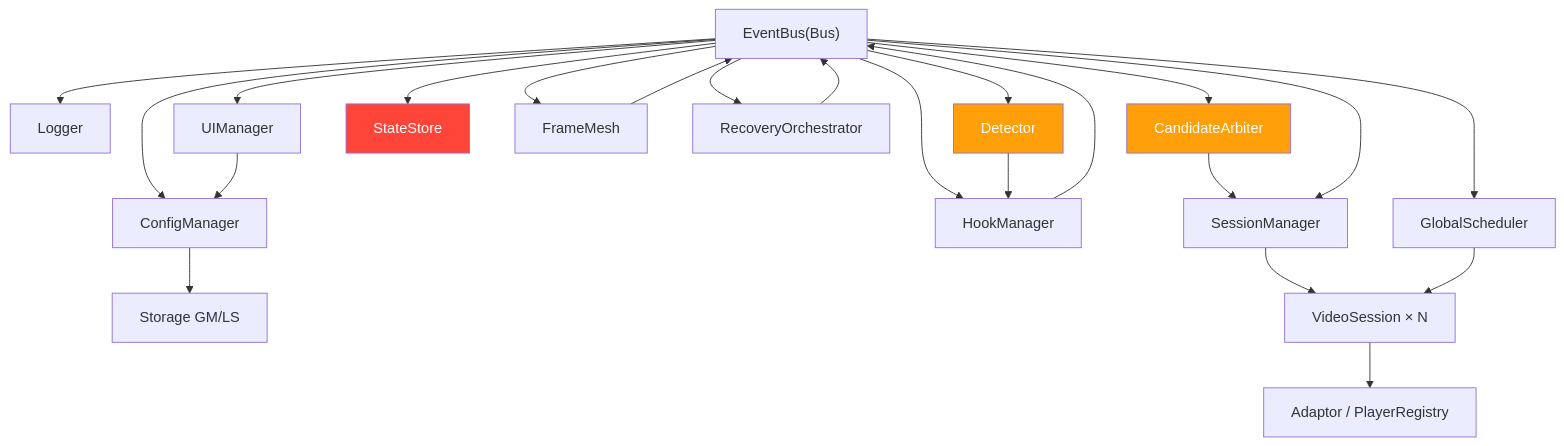
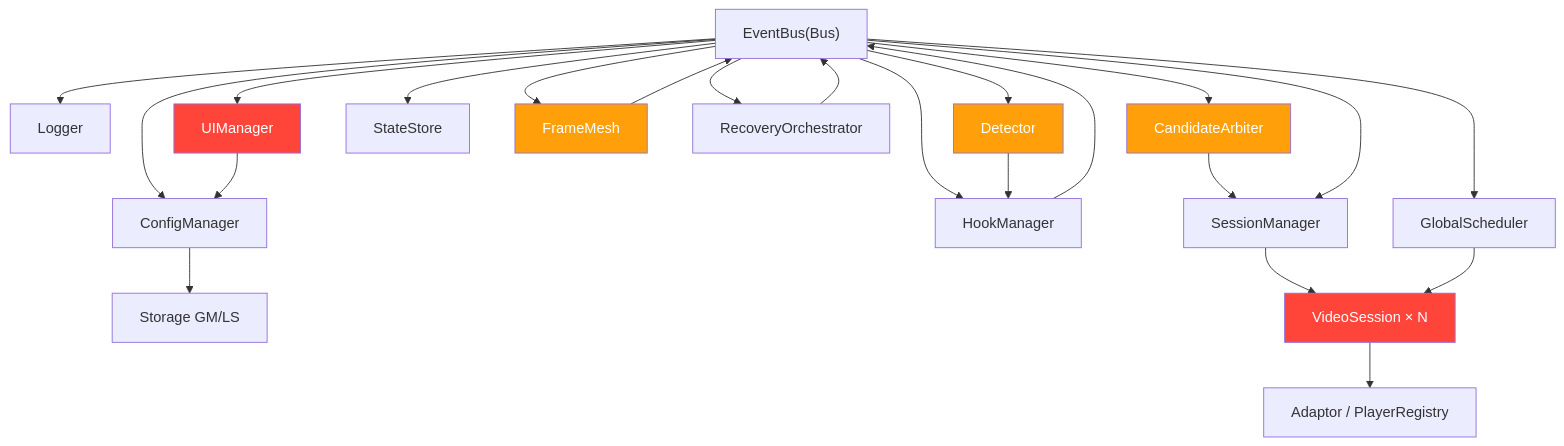
One commit to efatemoon/Web-Element-Blocker changed the diagram in video-test/brooks-lint-report.md. Above: the diagram before and after it, drawn with Mermaid. The commit also changed other lines of this file and 2 other files, not shown here.

First line of the commit message:
fix(video-accelerator): Brooks-lint R1-R6 深度扫描修复 13 项 + 健康分 68→84 (v19.0.3)

````diff
--- a/video-test/brooks-lint-report.md
+++ b/video-test/brooks-lint-report.md
@@ -376,44 +140,46 @@
 ```mermaid
 graph TB
     Bus["EventBus(Bus)"]
     Config["ConfigManager"]
     Storage["Storage GM/LS"]
     Logger["Logger"]
     Hook["HookManager"]
     Detect["Detector"]
     Candidate["CandidateArbiter"]
     Session["SessionManager"]
     Video["VideoSession × N"]
     Adaptor["Adaptor / PlayerRegistry"]
     State["StateStore"]
     Scheduler["GlobalScheduler"]
     Frame["FrameMesh"]
     Recovery["RecoveryOrchestrator"]
     UI["UIManager"]
 
     Bus --> Config
     Config --> Storage
     Bus --> Logger
     Bus --> Hook
     Hook --> Bus
     Bus --> Detect
     Detect --> Hook
     Bus --> Candidate
     Candidate --> Session
     Bus --> Session
     Session --> Video
     Video --> Adaptor
     Bus --> State
     Bus --> Scheduler
     Scheduler --> Video
     Bus --> Frame
     Frame --> Bus
     Bus --> Recovery
     Recovery --> Bus
     Bus --> UI
     UI --> Config
 
     style Candidate fill:#ff9f0a,color:#fff
     style Detect fill:#ff9f0a,color:#fff
-    style State fill:#ff453a,color:#fff
+    style Frame fill:#ff9f0a,color:#fff
+    style Video fill:#ff453a,color:#fff
+    style UI fill:#ff453a,color:#fff
 ```
````
